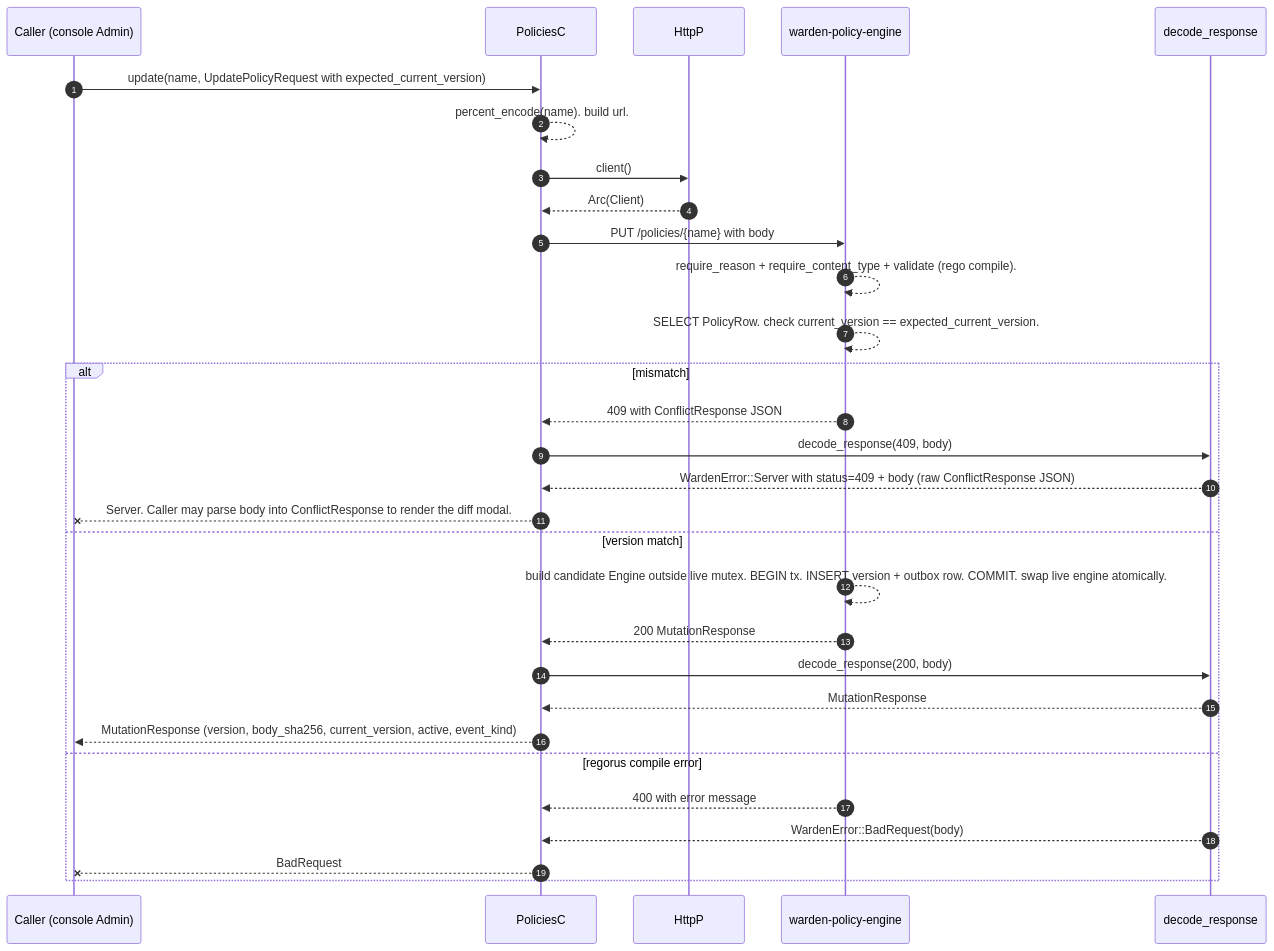
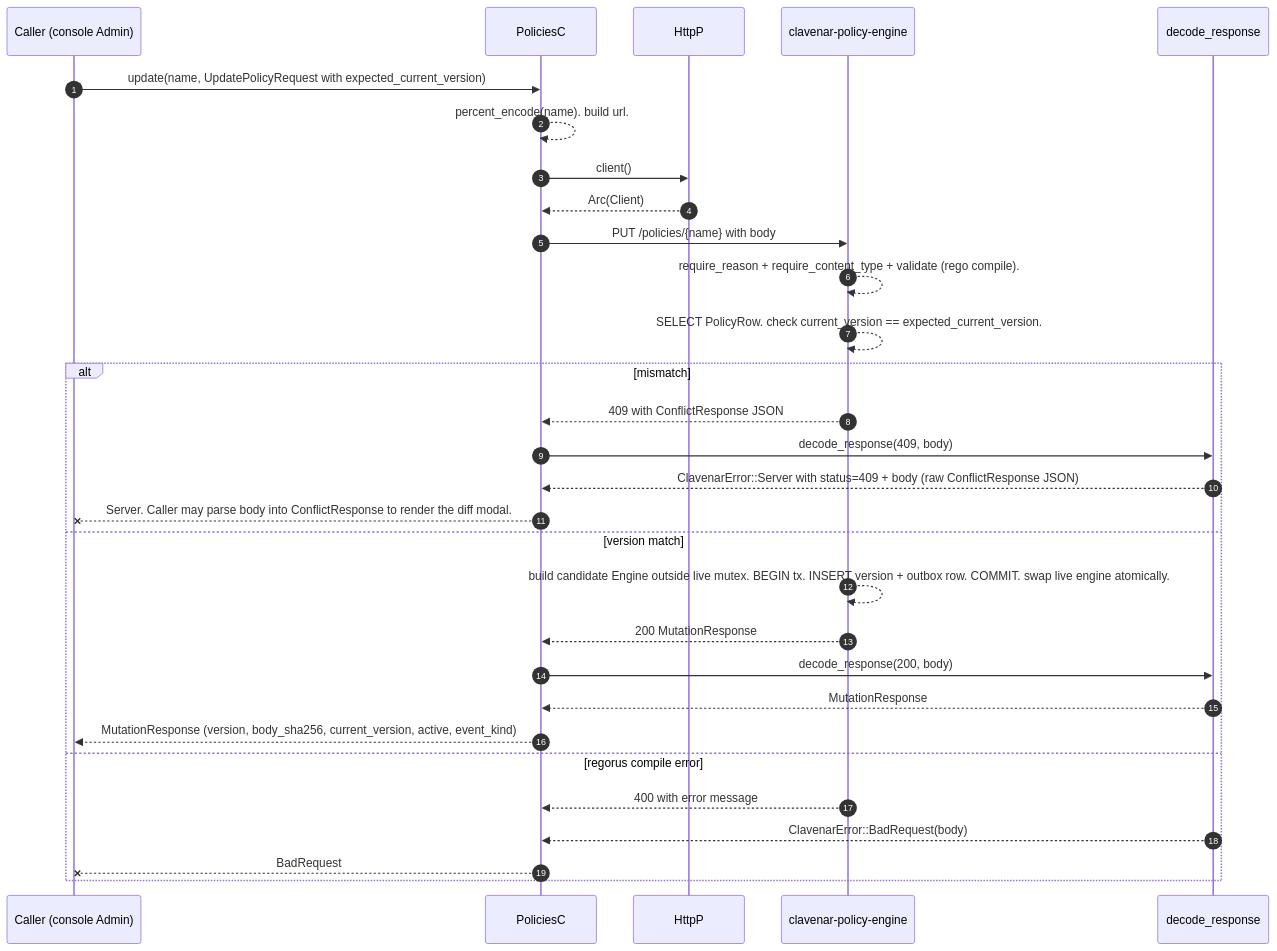
The fourth of 6 diagrams in docs/SEQUENCES.md (clavenar/clavenar-sdk), drawn with Mermaid before and after one commit. The commit also changed other lines of this file and 16 other files, not shown here.

First line of the commit message:
rename product Agent Warden → Clavenar

````diff
--- a/docs/SEQUENCES.md
+++ b/docs/SEQUENCES.md
@@ -251,36 +251,36 @@
 ```mermaid
 sequenceDiagram
     autonumber
     participant Caller as Caller (console Admin)
     participant PoliciesC
     participant HttpP
-    participant Policy as warden-policy-engine
+    participant Policy as clavenar-policy-engine
     participant Decoder as decode_response
 
     Caller->>PoliciesC: update(name, UpdatePolicyRequest with expected_current_version)
     PoliciesC-->>PoliciesC: percent_encode(name). build url.
 
     PoliciesC->>HttpP: client()
     HttpP-->>PoliciesC: Arc(Client)
     PoliciesC->>Policy: PUT /policies/{name} with body
 
     Policy-->>Policy: require_reason + require_content_type + validate (rego compile).
     Policy-->>Policy: SELECT PolicyRow. check current_version == expected_current_version.
 
     alt mismatch
         Policy-->>PoliciesC: 409 with ConflictResponse JSON
         PoliciesC->>Decoder: decode_response(409, body)
-        Decoder-->>PoliciesC: WardenError::Server with status=409 + body (raw ConflictResponse JSON)
+        Decoder-->>PoliciesC: ClavenarError::Server with status=409 + body (raw ConflictResponse JSON)
         PoliciesC--xCaller: Server. Caller may parse body into ConflictResponse to render the diff modal.
     else version match
         Policy-->>Policy: build candidate Engine outside live mutex. BEGIN tx. INSERT version + outbox row. COMMIT. swap live engine atomically.
         Policy-->>PoliciesC: 200 MutationResponse
         PoliciesC->>Decoder: decode_response(200, body)
         Decoder-->>PoliciesC: MutationResponse
         PoliciesC-->>Caller: MutationResponse (version, body_sha256, current_version, active, event_kind)
     else regorus compile error
         Policy-->>PoliciesC: 400 with error message
-        Decoder-->>PoliciesC: WardenError::BadRequest(body)
+        Decoder-->>PoliciesC: ClavenarError::BadRequest(body)
         PoliciesC--xCaller: BadRequest
     end
 ```
````
